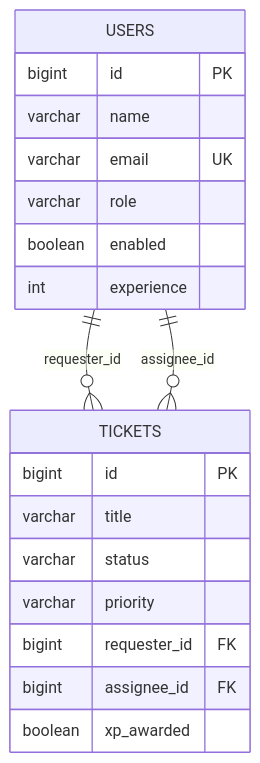
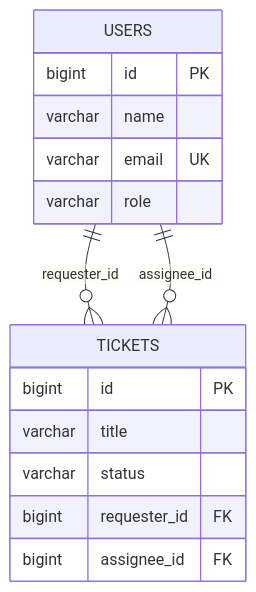
The third of 3 diagrams in README.md (tomys4529/chikecan), drawn with Mermaid before and after one commit. The commit also changed other lines of this file, not shown here.

````diff
--- a/README.md
+++ b/README.md
@@ -216,22 +224,18 @@
 ```mermaid
 erDiagram
     USERS ||--o{ TICKETS : "requester_id"
     USERS ||--o{ TICKETS : "assignee_id"
     USERS {
         bigint id PK
         varchar name
         varchar email UK
         varchar role
-        boolean enabled
-        int experience
     }
     TICKETS {
         bigint id PK
         varchar title
         varchar status
-        varchar priority
         bigint requester_id FK
         bigint assignee_id FK
-        boolean xp_awarded
     }
 ```
````
